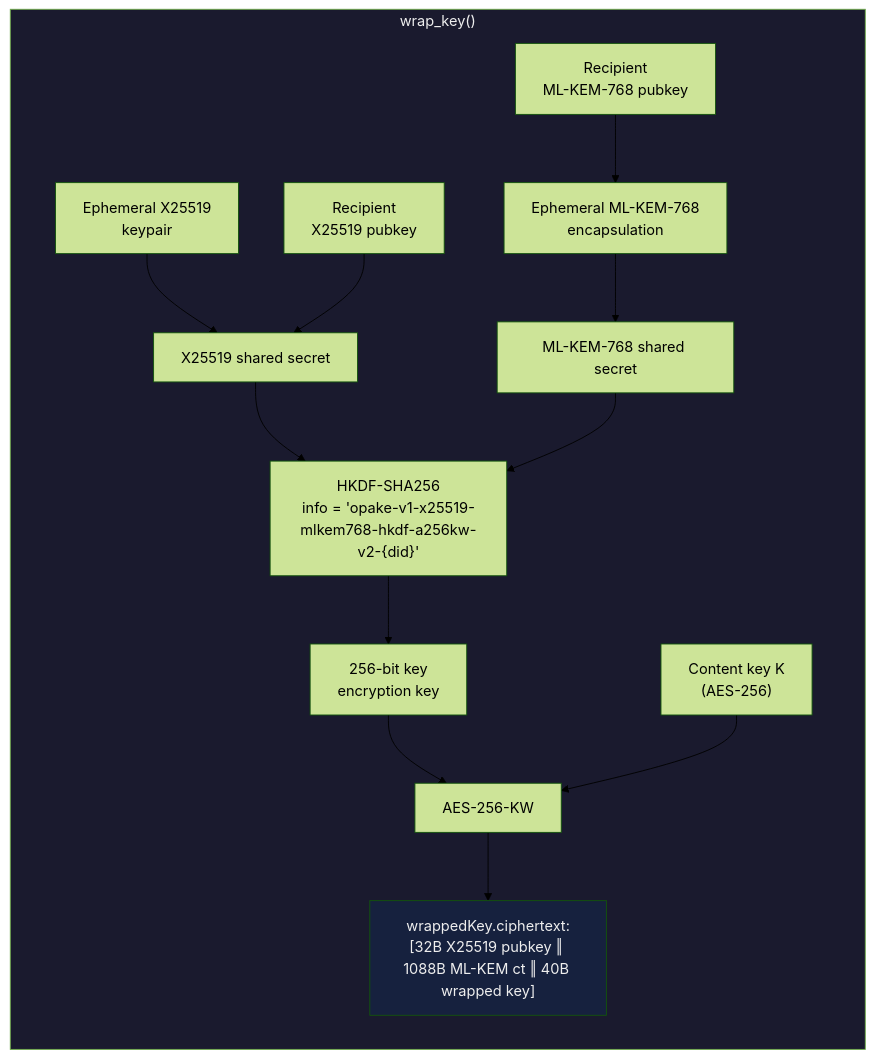
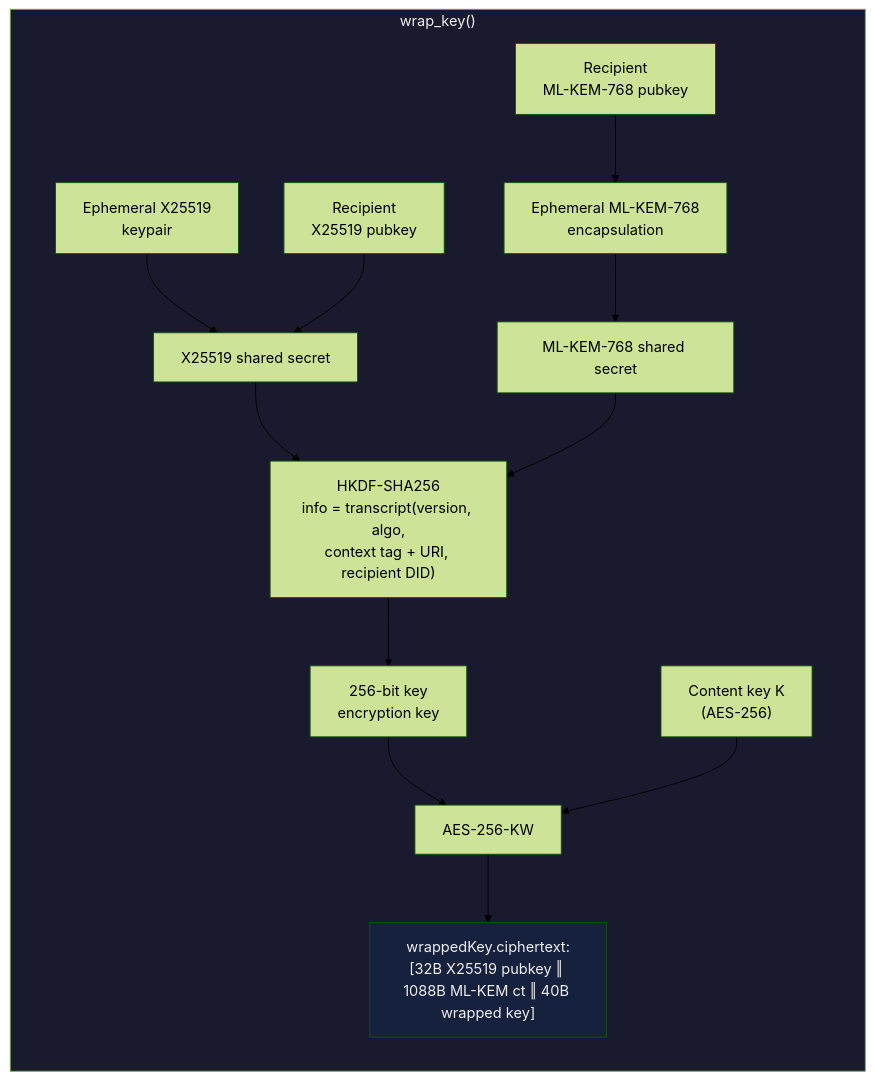
One commit to Sans-Self/Opake changed the first of 3 diagrams in docs/flows/crypto.md. Above: the diagram before and after it, drawn with Mermaid (forest theme). The commit also changed other lines of this file and 35 other files, not shown here.

````diff
--- a/docs/flows/crypto.md
+++ b/docs/flows/crypto.md
@@ -7,23 +7,23 @@
 ```mermaid
 flowchart LR
     subgraph Wrap ["wrap_key()"]
         direction TB
         EphX["Ephemeral X25519<br/>keypair"] --> ECDH
         RecipX["Recipient<br/>X25519 pubkey"] --> ECDH
         ECDH["X25519 shared secret"] --> HKDF
 
         EphML["Ephemeral ML-KEM-768<br/>encapsulation"] --> MLSec
         RecipML["Recipient<br/>ML-KEM-768 pubkey"] --> EphML
         MLSec["ML-KEM-768 shared secret"] --> HKDF
 
-        HKDF["HKDF-SHA256<br/>info = 'opake-v1-x25519-mlkem768-hkdf-a256kw-v2-{did}'"] --> KEK
+        HKDF["HKDF-SHA256<br/>info = transcript(version, algo,<br/>context tag + URI, recipient DID)"] --> KEK
         KEK["256-bit key<br/>encryption key"] --> AESKW
         ContentKey["Content key K<br/>(AES-256)"] --> AESKW
         AESKW["AES-256-KW"] --> Ciphertext
     end
 
     Ciphertext["wrappedKey.ciphertext:<br/>[32B X25519 pubkey ‖ 1088B ML-KEM ct ‖ 40B wrapped key]"]
 
     style Wrap fill:#1a1a2e,color:#eee
     style Ciphertext fill:#16213e,color:#eee
 ```
````
